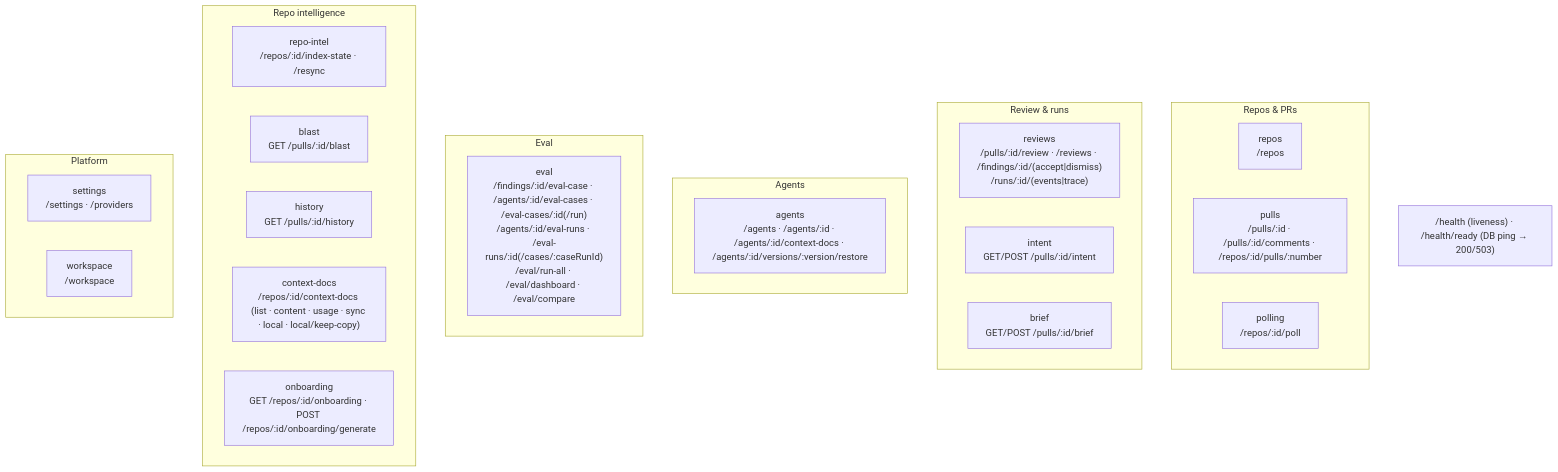
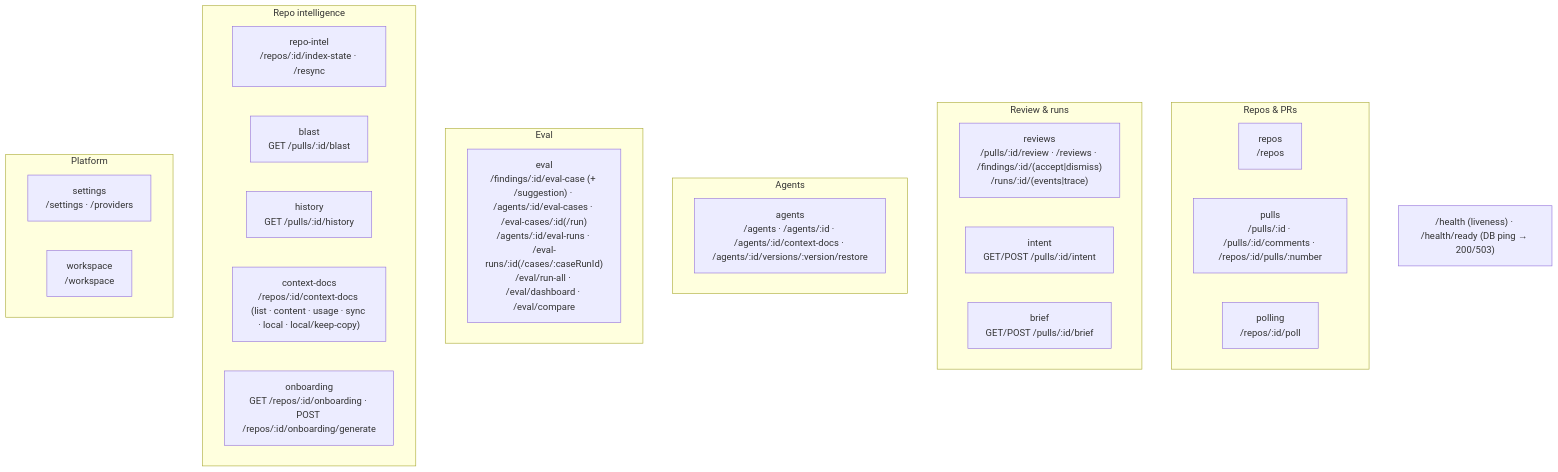
One commit to BalakaMd/dev-digest changed the second of 2 diagrams in server/README.md. Above: the diagram before and after it, drawn with Mermaid. The commit also changed 37 other files, not shown here.

Commit message:
feat: add line range selection and suggestion dialog for eval case creation

````diff
--- a/server/README.md
+++ b/server/README.md
@@ -64,31 +64,31 @@
 ```mermaid
 flowchart TB
   subgraph Repos_PRs["Repos & PRs"]
     repos["repos<br/>/repos"]
     pulls["pulls<br/>/pulls/:id · /pulls/:id/comments · /repos/:id/pulls/:number"]
     polling["polling<br/>/repos/:id/poll"]
   end
   subgraph Review["Review & runs"]
     reviews["reviews<br/>/pulls/:id/review · /reviews · /findings/:id/(accept|dismiss)<br/>/runs/:id/(events|trace)"]
     intent["intent<br/>GET/POST /pulls/:id/intent"]
     brief["brief<br/>GET/POST /pulls/:id/brief"]
   end
   subgraph Agents["Agents"]
     agents["agents<br/>/agents · /agents/:id · /agents/:id/context-docs · /agents/:id/versions/:version/restore"]
   end
   subgraph Eval["Eval"]
-    evalMod["eval<br/>/findings/:id/eval-case · /agents/:id/eval-cases · /eval-cases/:id(/run)<br/>/agents/:id/eval-runs · /eval-runs/:id(/cases/:caseRunId)<br/>/eval/run-all · /eval/dashboard · /eval/compare"]
+    evalMod["eval<br/>/findings/:id/eval-case (+ /suggestion) · /agents/:id/eval-cases · /eval-cases/:id(/run)<br/>/agents/:id/eval-runs · /eval-runs/:id(/cases/:caseRunId)<br/>/eval/run-all · /eval/dashboard · /eval/compare"]
   end
   subgraph Intel["Repo intelligence"]
     repoIntel["repo-intel<br/>/repos/:id/index-state · /resync"]
     blast["blast<br/>GET /pulls/:id/blast"]
     history["history<br/>GET /pulls/:id/history"]
     contextDocs["context-docs<br/>/repos/:id/context-docs (list · content · usage · sync · local · local/keep-copy)"]
     onboarding["onboarding<br/>GET /repos/:id/onboarding · POST /repos/:id/onboarding/generate"]
   end
   subgraph Platform["Platform"]
     settings["settings<br/>/settings · /providers"]
     workspace["workspace<br/>/workspace"]
   end
   HEALTH["/health (liveness) · /health/ready (DB ping → 200/503)"]
 ```
````
